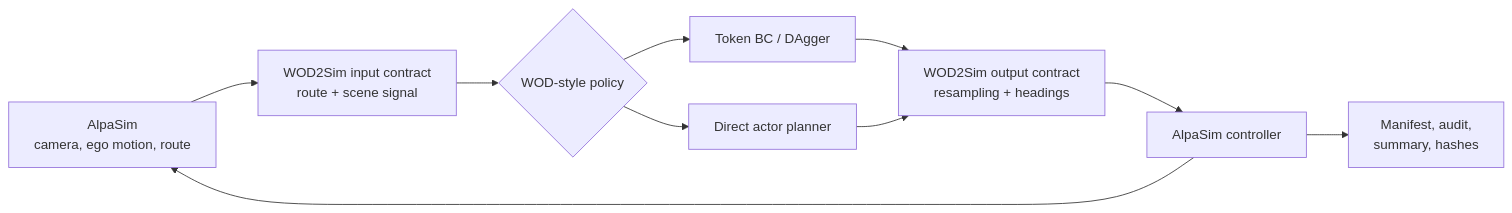
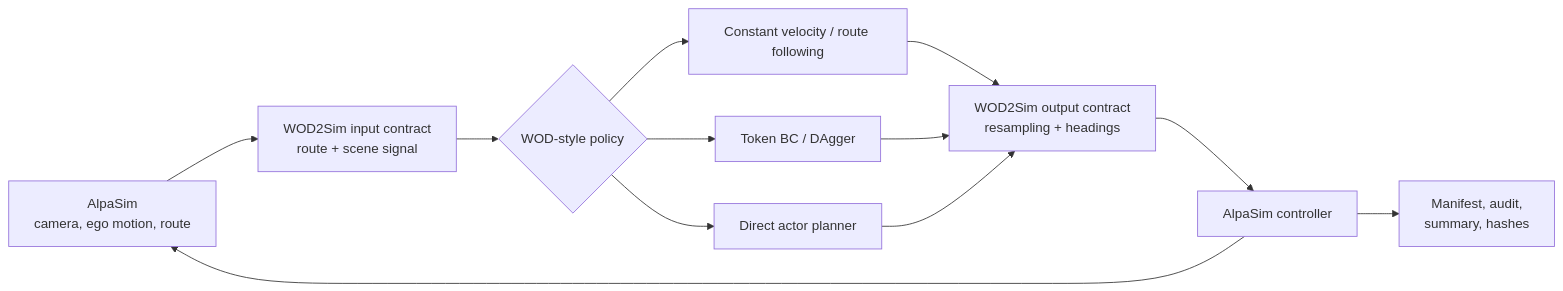
One commit to amtellezfernandez/AlpaBridge changed the diagram in README.md. Above: the diagram before and after it, drawn with Mermaid. The commit also changed other lines of this file and 81 other files, not shown here.

Commit message:
Harden public WOD2Sim release

````diff
--- a/README.md
+++ b/README.md
@@ -61,12 +67,14 @@
 ```mermaid
 flowchart LR
     A[AlpaSim<br/>camera, ego motion, route] --> B[WOD2Sim input contract<br/>route + scene signal]
     B --> C{WOD-style policy}
-    C --> D[Token BC / DAgger]
-    C --> E[Direct actor planner]
-    D --> F[WOD2Sim output contract<br/>resampling + headings]
-    E --> F
-    F --> G[AlpaSim controller]
-    G --> A
-    G --> H[Manifest, audit,<br/>summary, hashes]
+    C --> D[Constant velocity / route following]
+    C --> E[Token BC / DAgger]
+    C --> F[Direct actor planner]
+    D --> G[WOD2Sim output contract<br/>resampling + headings]
+    E --> G
+    F --> G
+    G --> H[AlpaSim controller]
+    H --> A
+    H --> I[Manifest, audit,<br/>summary, hashes]
 ```
````
